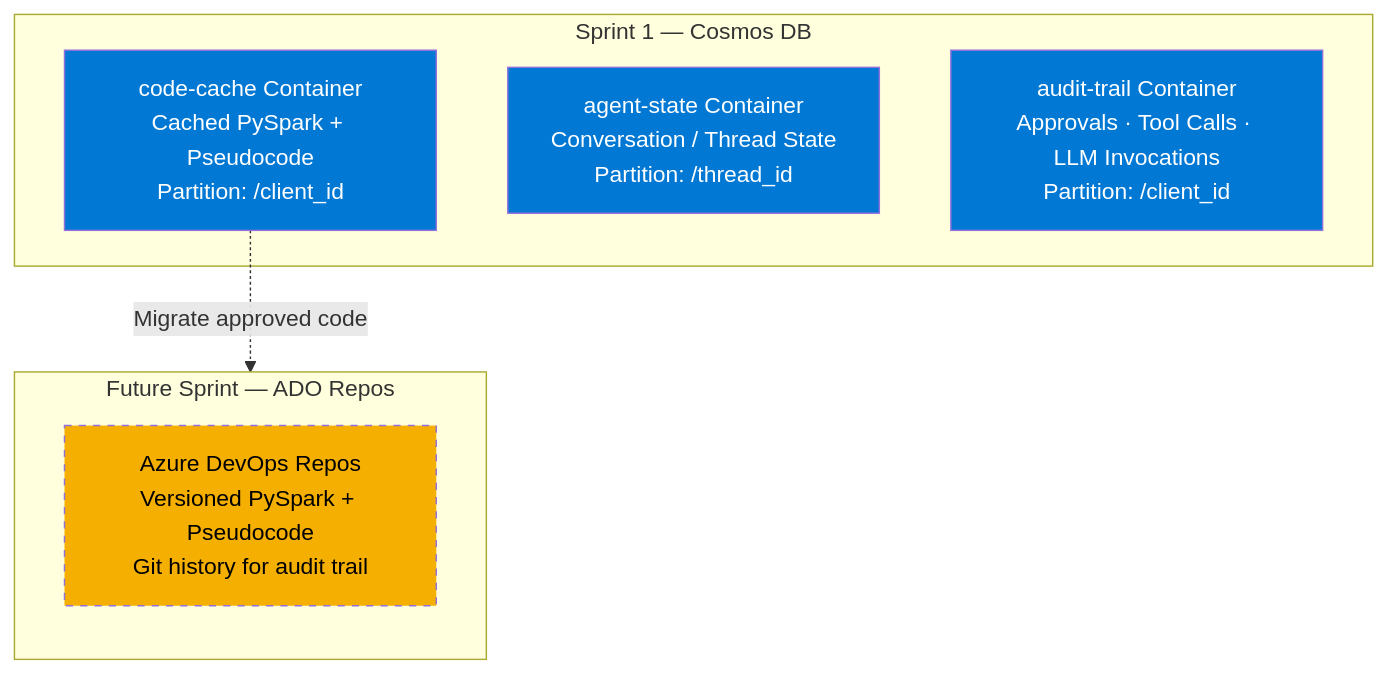
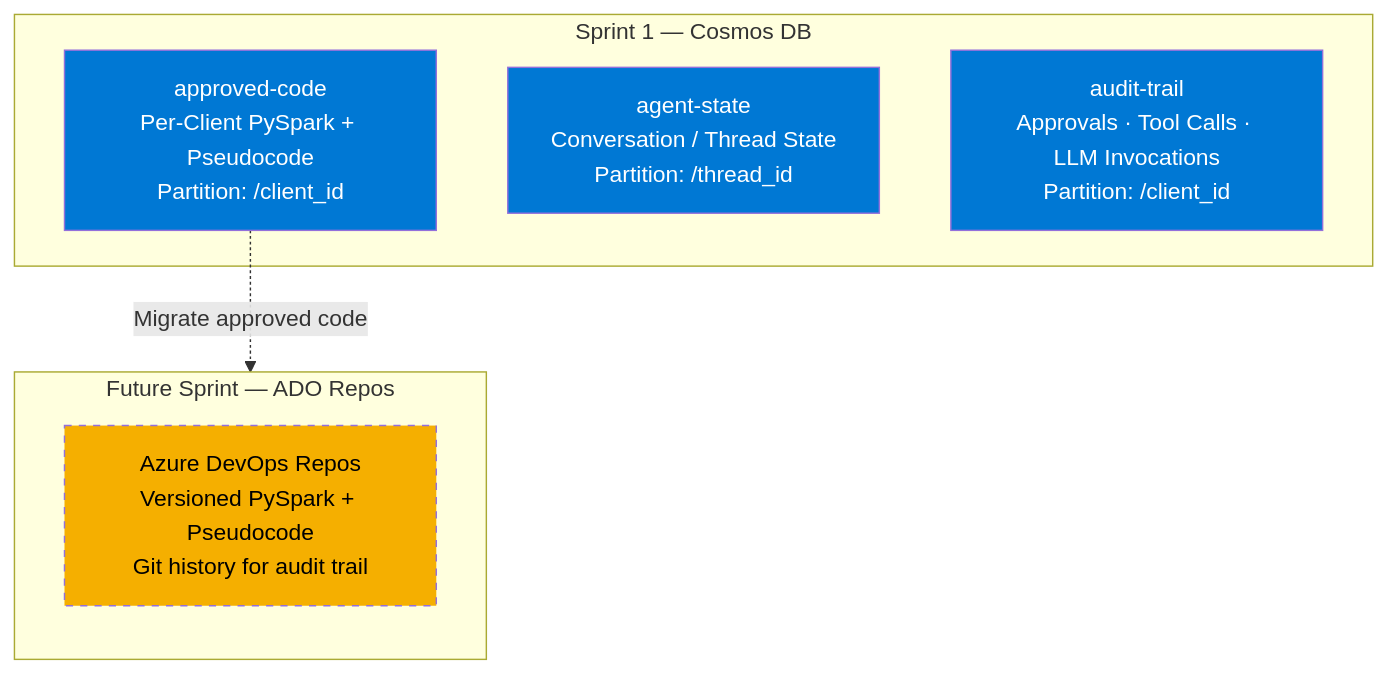
The fourth of 5 diagrams in docs/design.md (DanGiannone1/data-engineering-agent), drawn with Mermaid before and after one commit. The commit also changed other lines of this file and 1 other file, not shown here.

First line of the commit message:
Comprehensive design.md rewrite: direct tools, per-client approved code, Synapse dedicated pool

````diff
--- a/docs/design.md
+++ b/docs/design.md
@@ -375,20 +450,20 @@
 ```mermaid
 graph TD
     subgraph "Sprint 1 — Cosmos DB"
-        CC[code-cache Container<br/>Cached PySpark + Pseudocode<br/>Partition: /client_id]
-        AS[agent-state Container<br/>Conversation / Thread State<br/>Partition: /thread_id]
-        AT[audit-trail Container<br/>Approvals · Tool Calls · LLM Invocations<br/>Partition: /client_id]
+        AC[approved-code<br/>Per-Client PySpark + Pseudocode<br/>Partition: /client_id]
+        AS[agent-state<br/>Conversation / Thread State<br/>Partition: /thread_id]
+        AT[audit-trail<br/>Approvals · Tool Calls · LLM Invocations<br/>Partition: /client_id]
     end
 
     subgraph "Future Sprint — ADO Repos"
         direction TB
         ADO[Azure DevOps Repos<br/>Versioned PySpark + Pseudocode<br/>Git history for audit trail]
     end
 
-    CC -.->|Migrate approved code| ADO
+    AC -.->|Migrate approved code| ADO
 
-    style CC fill:#0078d4,color:#fff
+    style AC fill:#0078d4,color:#fff
     style AS fill:#0078d4,color:#fff
     style AT fill:#0078d4,color:#fff
     style ADO fill:#f5af00,color:#000,stroke-dasharray: 5 5
 ```
````
